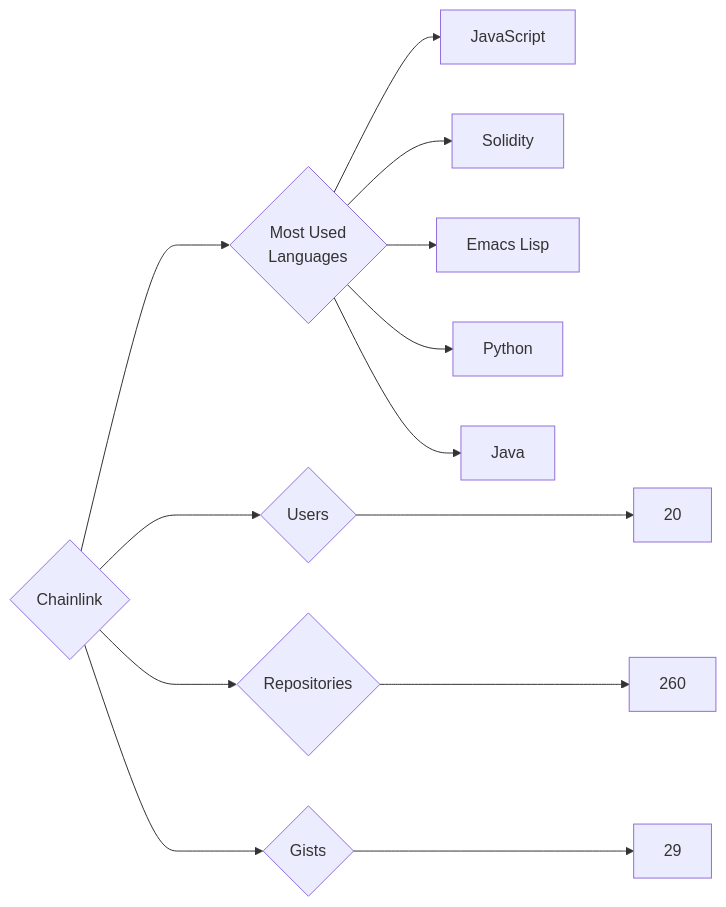
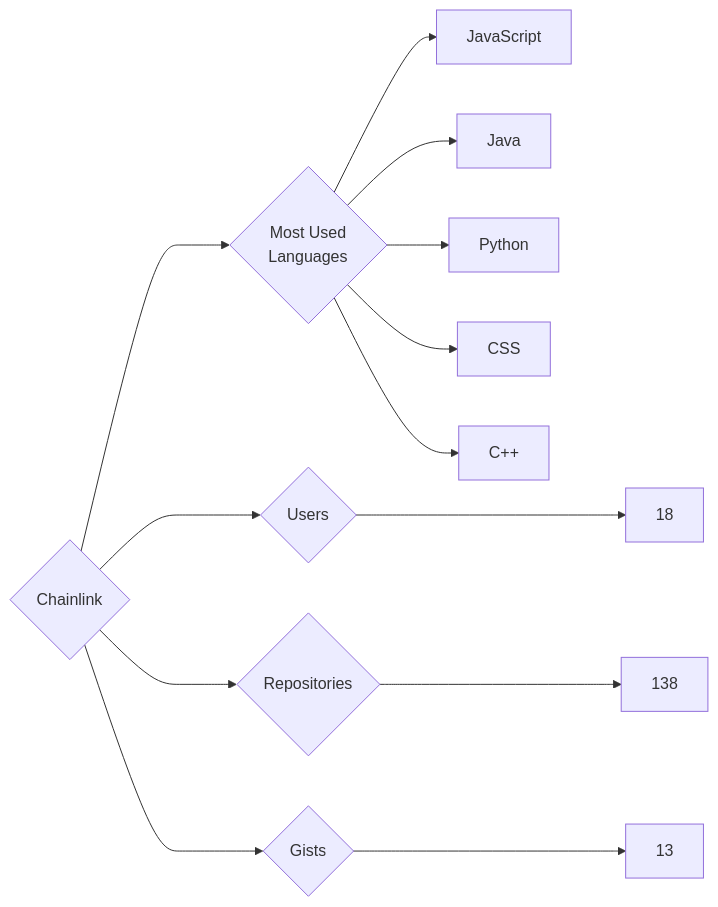
The diagram in targets/Chainlink/README.md (trickest/insiders), drawn with Mermaid before and after one commit. The commit also changed 845 other files, not shown here.

````diff
--- a/targets/Chainlink/README.md
+++ b/targets/Chainlink/README.md
@@ -3,13 +3,13 @@
 ```mermaid
 graph LR
 COMPANY_NAME{Chainlink}
-COMPANY_NAME ---> U{Users} ---> UN[20]
-COMPANY_NAME ---> R{Repositories} ---> RN[260]
-COMPANY_NAME ---> G{Gists} ---> GN[29]
+COMPANY_NAME ---> U{Users} ---> UN[18]
+COMPANY_NAME ---> R{Repositories} ---> RN[138]
+COMPANY_NAME ---> G{Gists} ---> GN[13]
 COMPANY_NAME ---> ML{Most Used<br>Languages}
 ML --> JavaScript[JavaScript]
-ML --> Solidity[Solidity]
-ML --> Emacs_Lisp[Emacs Lisp]
+ML --> Java[Java]
 ML --> Python[Python]
-ML --> Java[Java]
+ML --> CSS[CSS]
+ML --> C++[C++]
 ```
````
